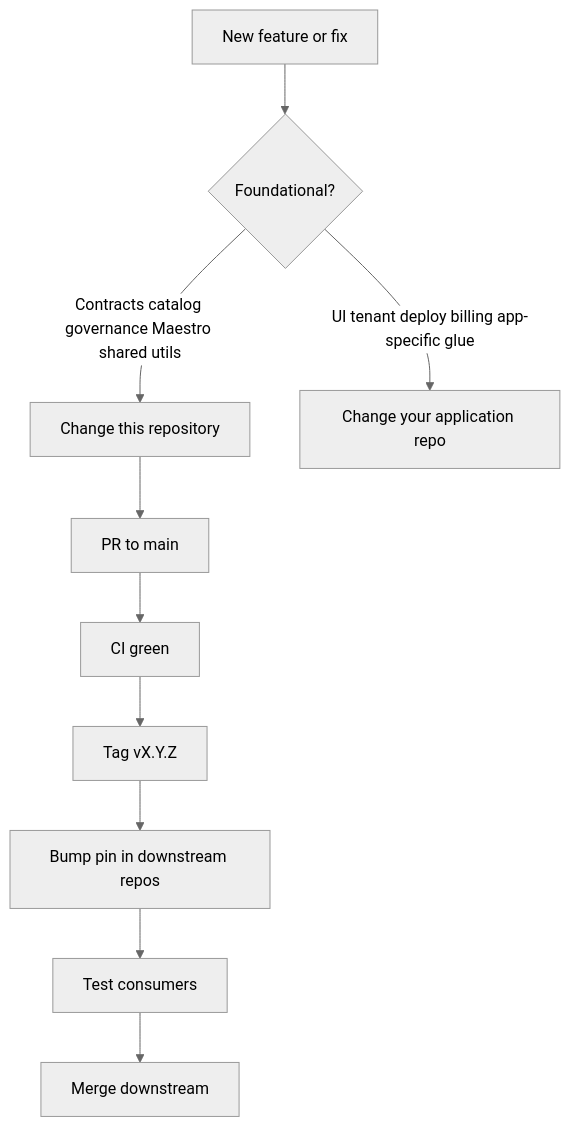
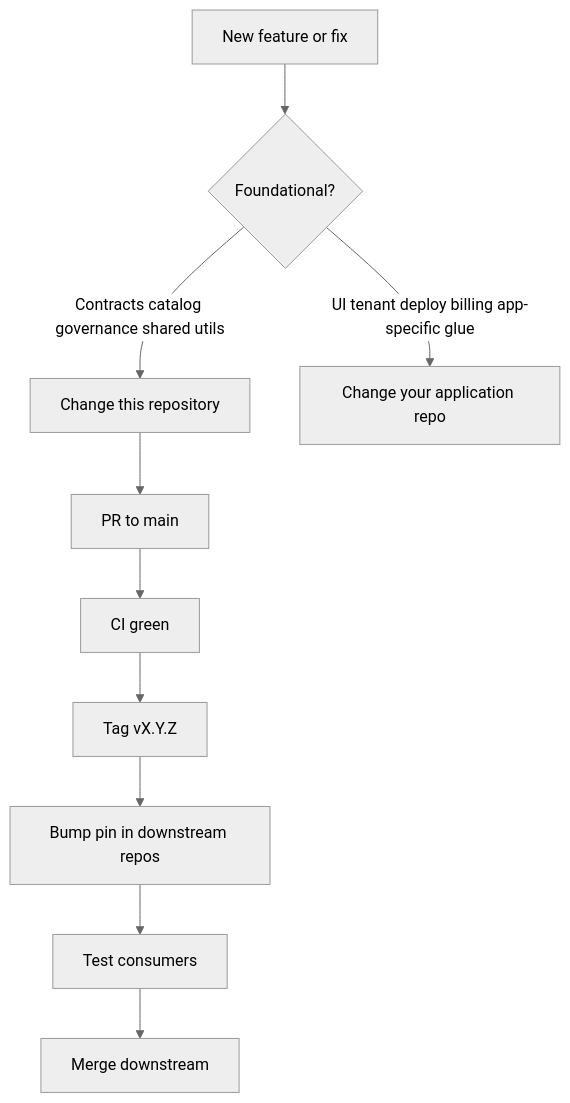
One commit to Ambient-Team/ambient-core changed the second of 2 diagrams in docs/ECOSYSTEM.md. Above: the diagram before and after it, drawn with Mermaid (neutral theme). The commit also changed other lines of this file and 89 other files, not shown here.

````diff
--- a/docs/ECOSYSTEM.md
+++ b/docs/ECOSYSTEM.md
@@ -67,12 +58,12 @@
 ```mermaid
 flowchart TD
   A[New feature or fix] --> B{Foundational?}
-  B -->|Contracts catalog governance Maestro shared utils| C[Change this repository]
+  B -->|Contracts catalog governance shared utils| C[Change this repository]
   B -->|UI tenant deploy billing app-specific glue| D[Change your application repo]
   C --> E[PR to main]
   E --> F[CI green]
   F --> G[Tag vX.Y.Z]
   G --> H[Bump pin in downstream repos]
   H --> I[Test consumers]
   I --> J[Merge downstream]
 ```
````
